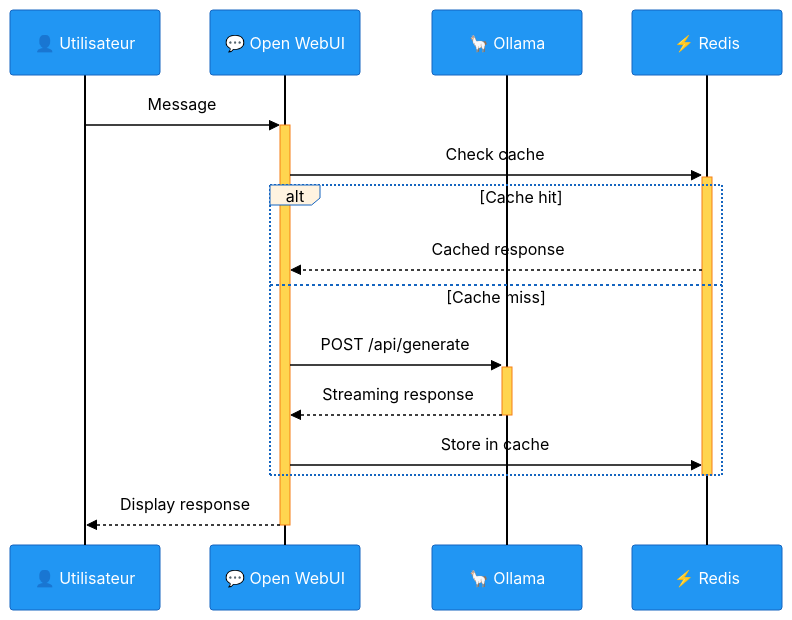
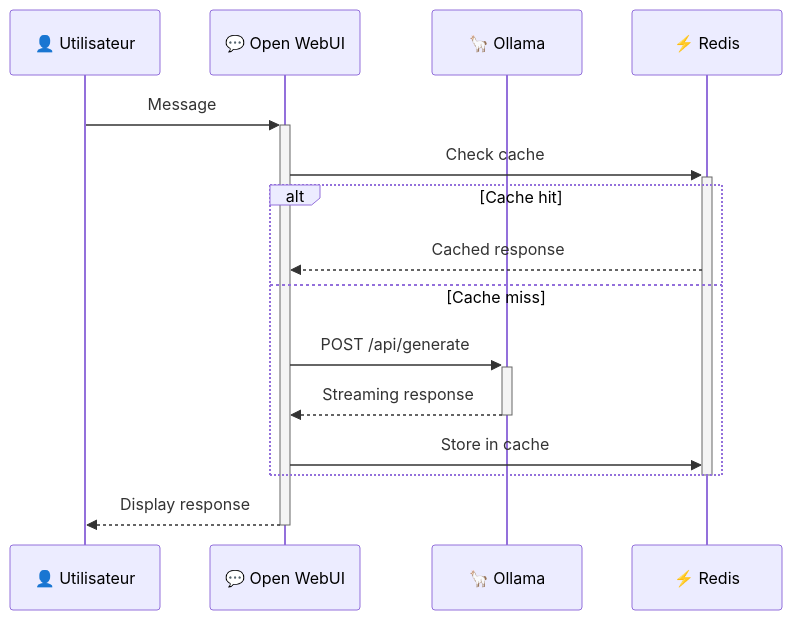
One commit to MPFabio/Stack-IA changed the third of 14 diagrams in docs/ARCHITECTURE.md. Above: the diagram before and after it, drawn with Mermaid. The commit also changed other lines of this file, not shown here.

First line of the commit message:
fix(docs): Utilisation thème default Mermaid pour auto-adaptation

````diff
--- a/docs/ARCHITECTURE.md
+++ b/docs/ARCHITECTURE.md
@@ -183,20 +183,20 @@
 ```mermaid
-%%{init: {'theme':'base', 'themeVariables': {'background':'#ffffff','mainBkg':'#ffffff','actorBkg':'#2196F3','actorBorder':'#1565c0','actorTextColor':'#fff','actorLineColor':'#000','noteBkgColor':'#e3f2fd','noteTextColor':'#000','noteBorderColor':'#2196F3','signalColor':'#000','signalTextColor':'#000','labelBoxBkgColor':'#fff3e0','labelTextColor':'#000','loopTextColor':'#000','altBkgColor':'#f5f5f5','activationBkgColor':'#ffd54f','activationBorderColor':'#f57f17','sequenceNumberColor':'#000'}}}%%
+%%{init: {'theme':'default'}}%%
 sequenceDiagram
     participant U as 👤 Utilisateur
     participant W as 💬 Open WebUI
     participant O as 🦙 Ollama
     participant R as ⚡ Redis
     
     U->>+W: Message
     W->>+R: Check cache
     alt Cache hit
         R-->>W: Cached response
     else Cache miss
         W->>+O: POST /api/generate
         O-->>-W: Streaming response
         W->>R: Store in cache
     end
     deactivate R
     W-->>-U: Display response
 ```
````
